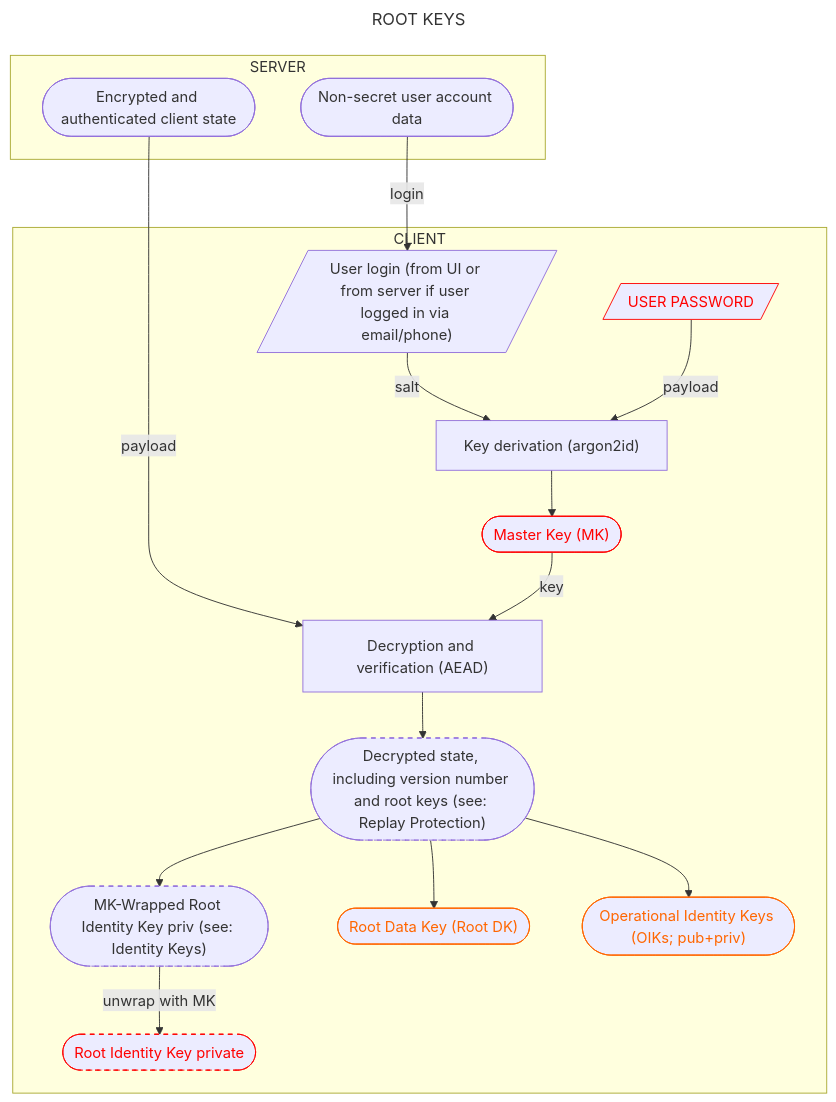
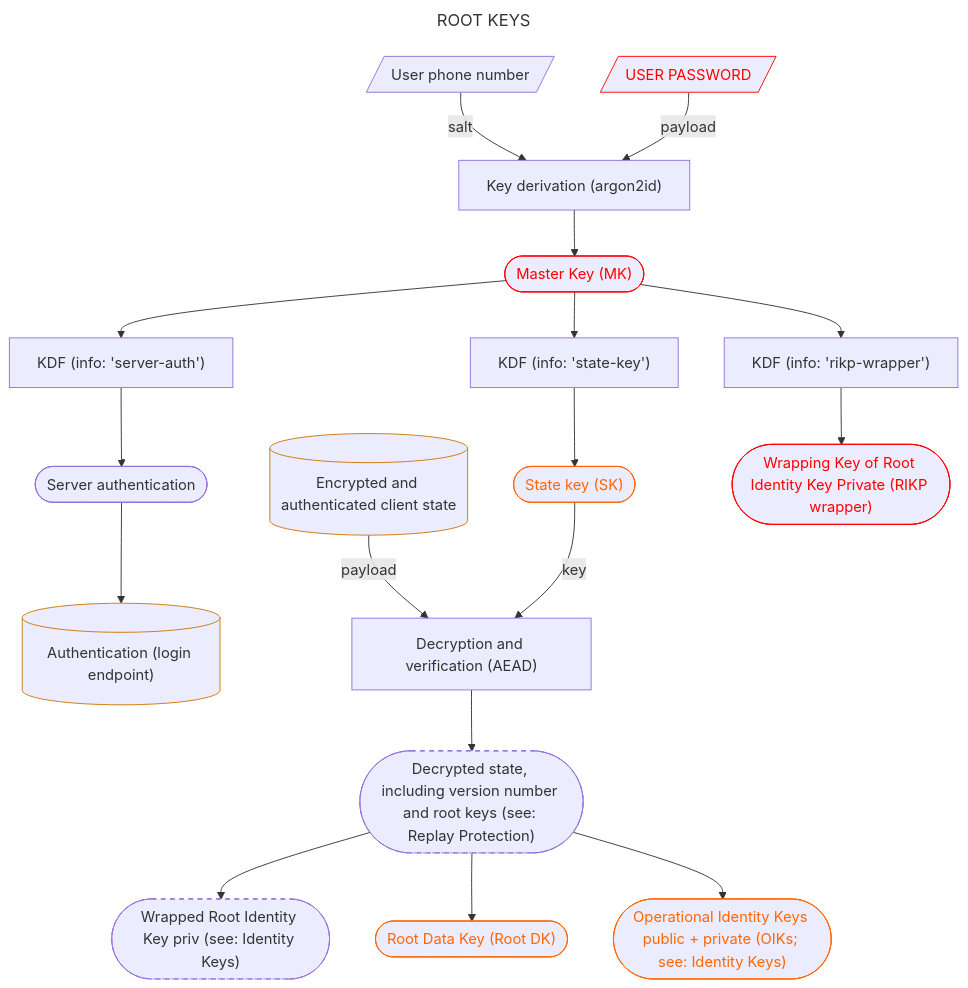
The diagram in crypto-protocol/root-keys.mmd (noIdeaForTheUsername/chat), drawn with Mermaid before and after one commit. The commit also changed 3 other files, not shown here.

Commit message:
added "Contacts and discovery" crypto diagram

```diff
--- a/crypto-protocol/root-keys.mmd
+++ b/crypto-protocol/root-keys.mmd
@@ -1,53 +1,59 @@
 ---
 title: ROOT KEYS
 --- 
 %% Made in Mermaid (https://mermaid.live)
 %% DESCRIPTION: This diagram shows how all the root keys are computed and stored. The lower-hierarchy keys and data are not shown here - they have separate diagrams.
-%% DIAGRAM SUMMARY: A password-derived Master Key is used to decrypt and verify the server-stored client state, which includes 2 root keys: Root DEK (Data Encryption Key) and Root IK (Identity Key).
+%% DIAGRAM SUMMARY: A password-derived Master Key is used to decrypt and verify the server-stored client state, which includes 2 root keys: Root DK (Data Key) and Root IK (Identity Key).
 
 %% SHAPES:
 %% - Rectangles mean operations/algorithms
 %% - Rounded rectangles mean data
 %% - Dashed borders mean that the diagram ends there, but the logic does not and more detailed info can be found elsewhere
 %% - Parallelograms mean user input from UI
 %% COLORS:
 %% - Red means the most-confidential secrets that are never stored persistently in plaintexts, and should only be computed by the client when really needed (which isn't needed often). A compromise means that the account cannot be secured anymore and should be completely deleted and re-created.
 %% - Orange means secrets that still allow access to the account's private data, however, security of the FUTURE data can still be restored by choosing new keys if the current ones leak (assuming nothing "red" was leaked). "Orange" secrets might need to be stored persistently to allow access.
 
 flowchart TB
     classDef red color:#f00,stroke:#f00
     classDef orange color:#f60,stroke:#f60
     classDef dashed stroke-dasharray: 5 5
+    classDef serverStored stroke:#C70
 
-    subgraph SERVER
-        %% SERVER STORAGE
-        encState(["Encrypted and authenticated client state"])
-        userAccount([Non-secret user account data])
-    end
+    %% SERVER
+    authenticationEndpoint[("Authentication (login endpoint)")]
+    encState[("Encrypted and authenticated client state")]
+    class authenticationEndpoint,encState,userAccount serverStored
 
     %% SERVER-CLIENT TRANSFERS
-    userAccount -->|login| login
     encState -->|payload| stateAead
+    serverAuth --> authenticationEndpoint
+    
 
+    %% PASSWORD KEY DERIVIATION (to decrypt state)
+    login[/"User phone number"/] -->|salt| passDeriv["`Key derivation (argon2id)`"]
+    pass[/USER PASSWORD/] -->|payload| passDeriv
+    passDeriv --> mk(["Master Key (MK)"])
+    mk --> stateKdf["KDF (info: 'state-key')"]
+    stateKdf --> stateKey(["State key (SK)"])
+    stateKey -->|key| stateAead["Decryption and verification (AEAD)"]
+    stateAead --> state(["Decrypted state, including version number and root keys (see: Replay Protection)"])
+    class pass,mk red
+    class stateKey orange
+    class state dashed
 
-    subgraph CLIENT
-        %% PASSWORD KEY DERIVIATION
-        login[/"User login (from UI or from server if user logged in via email/phone)"/] -->|salt| passDeriv["`Key derivation (argon2id)`"]
-        pass[/USER PASSWORD/] -->|payload| passDeriv
-        passDeriv --> mk(["Master Key (MK)"])
-        mk -->|key| stateAead["Decryption and verification (AEAD)"]
-        stateAead --> state(["Decrypted state, including version number and root keys (see: Replay Protection)"])
-        class pass,mk red
-        class state dashed
+    %% Additional password-derived data
+    mk --> serverAuthKdf["KDF (info: 'server-auth')"]
+    serverAuthKdf --> serverAuth(["Server authentication"])
+    mk --> rootIkPrivWrappingKeyKdf["KDF (info: 'rikp-wrapper')"]
+    rootIkPrivWrappingKeyKdf --> rootIkPrivWrappingKey(["Wrapping Key of Root Identity Key Private (RIKP wrapper)"])
+    class rootIkPrivWrappingKey red
 
-        %% IDENTITY KEYS
-        state --> wrappedRootIkPriv(["MK-Wrapped Root Identity Key priv (see: Identity Keys)"])
-        wrappedRootIkPriv -->|unwrap with MK| rootIkPriv(["Root Identity Key private"])
-        class wrappedRootIkPriv,rootIkPriv dashed
-        class rootIkPriv red
+    %% IDENTITY KEYS
+    state --> wrappedRootIkPriv(["Wrapped Root Identity Key priv (see: Identity Keys)"])
+    class wrappedRootIkPriv,rootIkPriv dashed
 
-        %% DATA
-        state --> rootDk(["Root Data Key (Root DK)"])
-        state --> operationalIks(["Operational Identity Keys (OIKs; pub+priv)"])
-        class rootDk,operationalIks orange
-    end
+    %% DATA
+    state --> rootDk(["Root Data Key (Root DK)"])
+    state --> operationalIks(["Operational Identity Keys public + private (OIKs; see: Identity Keys)"])
+    class rootDk,operationalIks orange
```
